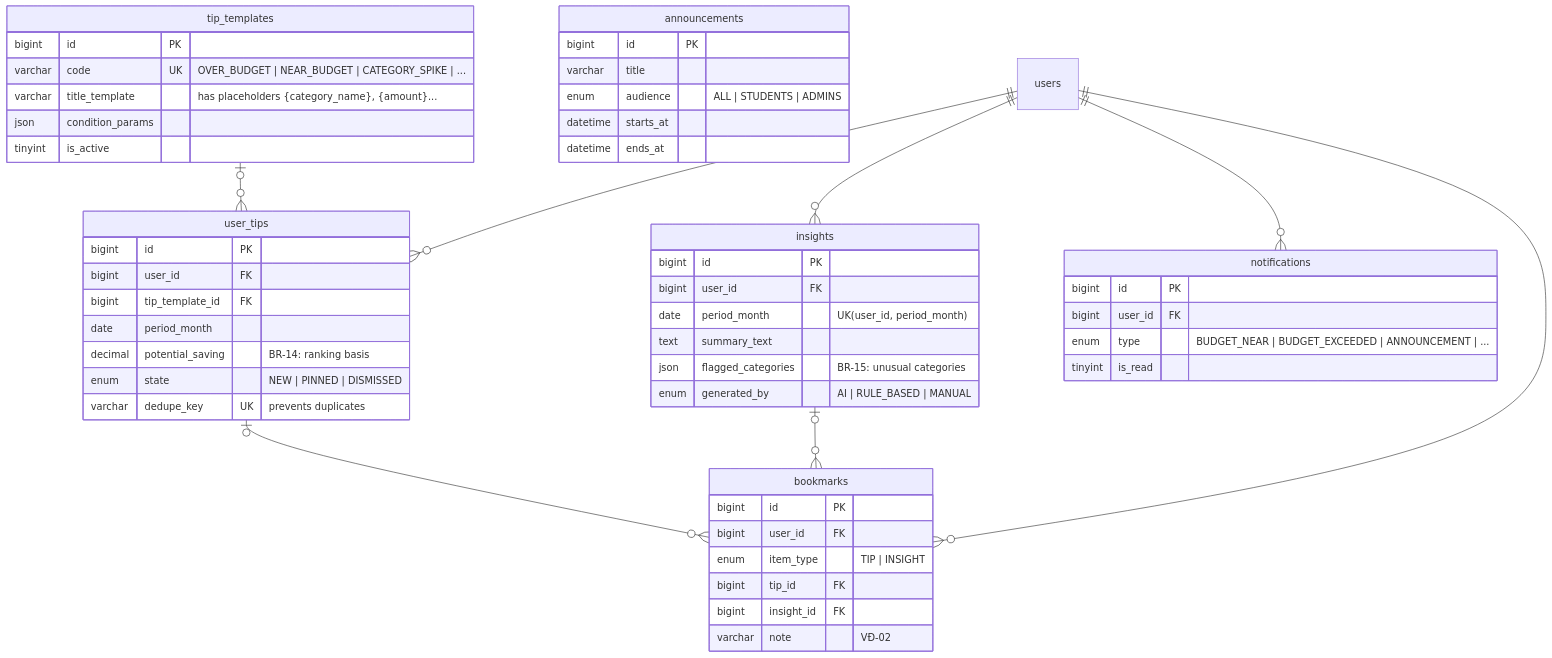
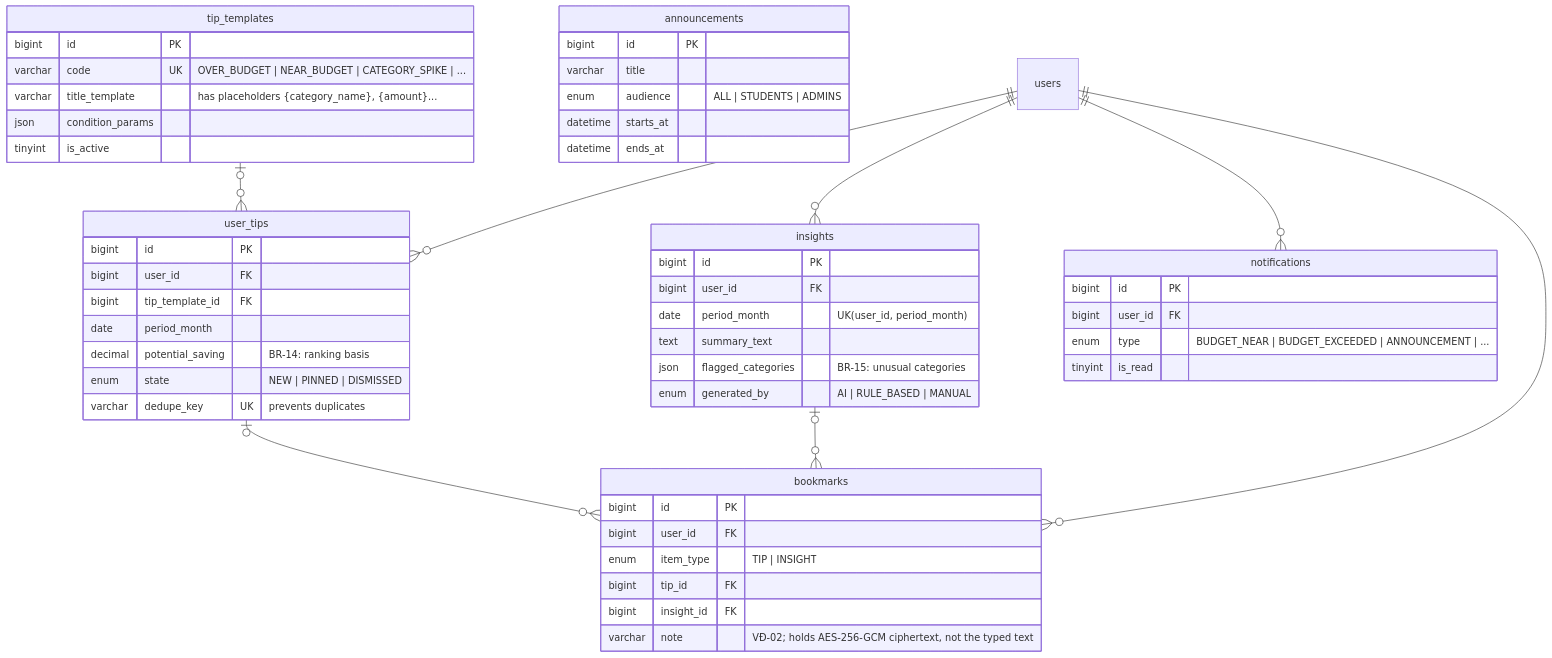
Before and after one commit to HaQuynh251106/Campus_Coin: the fifth of 6 diagrams in docs/ERD.md, drawn with Mermaid. The commit also changed other lines of this file and 140 other files, not shown here.

````diff
--- a/docs/ERD.md
+++ b/docs/ERD.md
@@ -234,55 +239,55 @@
 ```mermaid
 erDiagram
   tip_templates {
     bigint id PK
     varchar code UK "OVER_BUDGET | NEAR_BUDGET | CATEGORY_SPIKE | ..."
     varchar title_template "has placeholders {category_name}, {amount}..."
     json condition_params
     tinyint is_active
   }
   user_tips {
     bigint id PK
     bigint user_id FK
     bigint tip_template_id FK
     date period_month
     decimal potential_saving "BR-14: ranking basis"
     enum state "NEW | PINNED | DISMISSED"
     varchar dedupe_key UK "prevents duplicates"
   }
   insights {
     bigint id PK
     bigint user_id FK
     date period_month "UK(user_id, period_month)"
     text summary_text
     json flagged_categories "BR-15: unusual categories"
     enum generated_by "AI | RULE_BASED | MANUAL"
   }
   notifications {
     bigint id PK
     bigint user_id FK
     enum type "BUDGET_NEAR | BUDGET_EXCEEDED | ANNOUNCEMENT | ..."
     tinyint is_read
   }
   announcements {
     bigint id PK
     varchar title
     enum audience "ALL | STUDENTS | ADMINS"
     datetime starts_at
     datetime ends_at
   }
   bookmarks {
     bigint id PK
     bigint user_id FK
     enum item_type "TIP | INSIGHT"
     bigint tip_id FK
     bigint insight_id FK
-    varchar note "VĐ-02"
+    varchar note "VĐ-02; holds AES-256-GCM ciphertext, not the typed text"
   }
   tip_templates |o--o{ user_tips : ""
   user_tips |o--o{ bookmarks : ""
   insights |o--o{ bookmarks : ""
   users ||--o{ user_tips : ""
   users ||--o{ insights : ""
   users ||--o{ notifications : ""
   users ||--o{ bookmarks : ""
 ```
````
